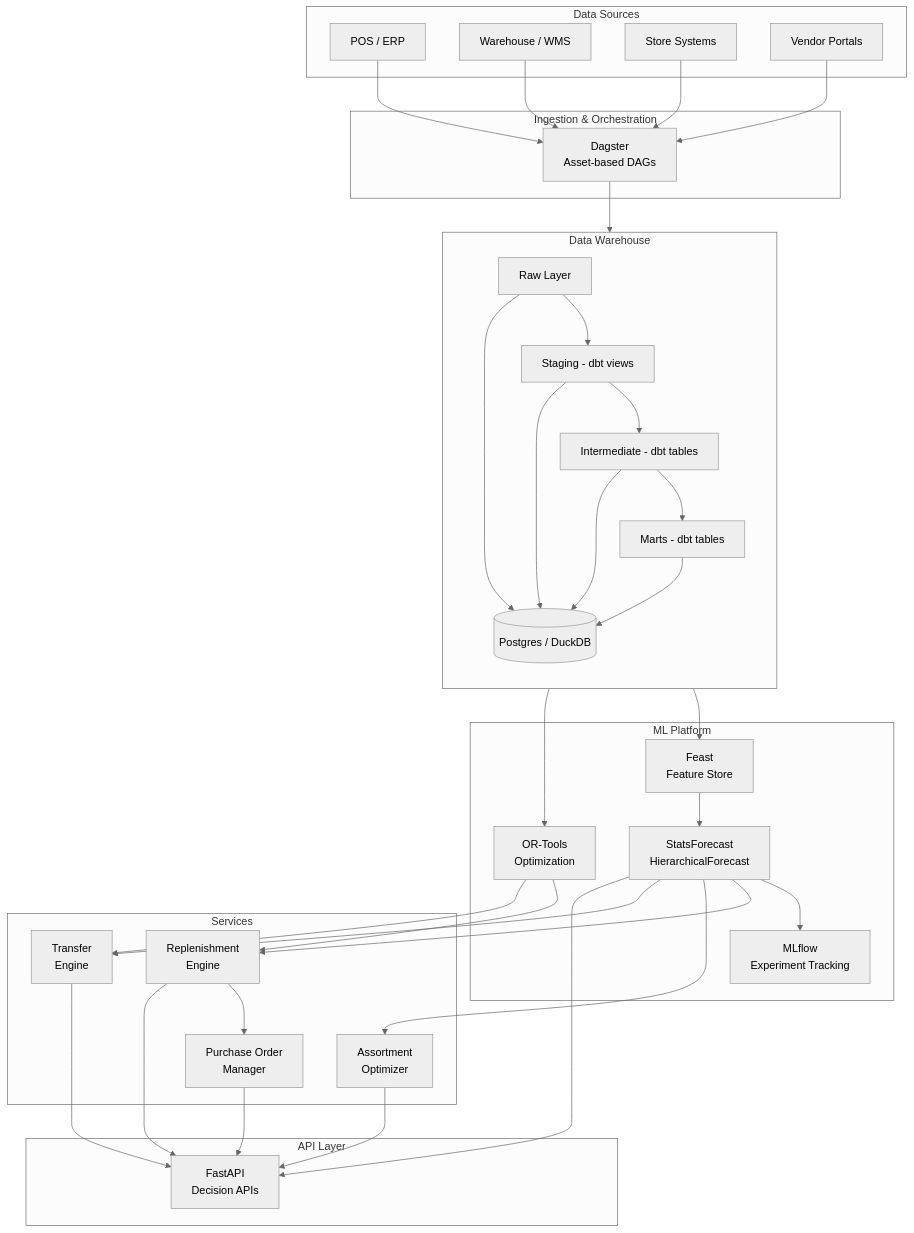
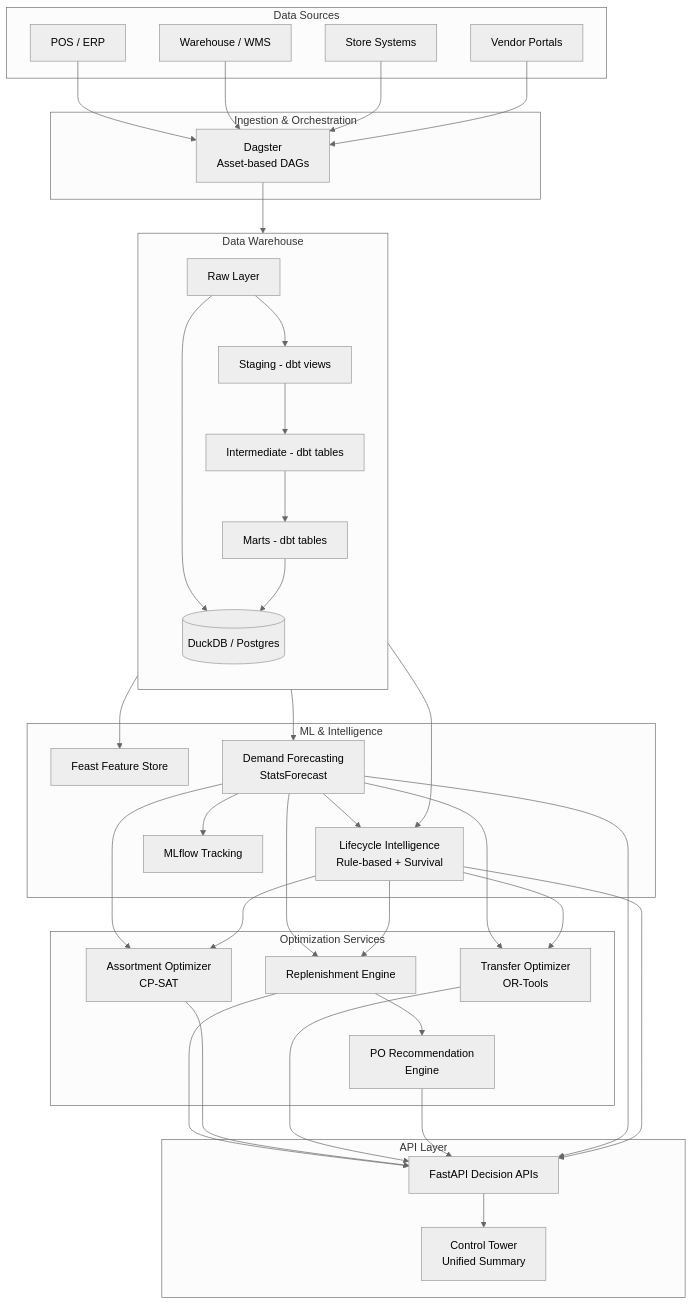
Before and after one commit to ailenskart/inventory: the diagram in README.md, drawn with Mermaid (neutral theme). The commit also changed other lines of this file and 10 other files, not shown here.

First line of the commit message:
feat: integrate all modules into unified platform with control tower, Dagster orchestration, and e2e demo

````diff
--- a/README.md
+++ b/README.md
@@ -7,72 +7,72 @@
 ```mermaid
 graph TB
     subgraph "Data Sources"
         POS[POS / ERP]
         WMS[Warehouse / WMS]
         STORE[Store Systems]
         VENDOR[Vendor Portals]
     end
 
     subgraph "Ingestion & Orchestration"
         DAGSTER[Dagster<br/>Asset-based DAGs]
     end
 
     subgraph "Data Warehouse"
         direction TB
         RAW[Raw Layer]
         STG[Staging - dbt views]
         INT[Intermediate - dbt tables]
         MARTS[Marts - dbt tables]
-        PG[(Postgres / DuckDB)]
+        PG[(DuckDB / Postgres)]
     end
 
-    subgraph "ML Platform"
-        FEAST[Feast<br/>Feature Store]
-        FORECAST[StatsForecast<br/>HierarchicalForecast]
-        MLFLOW[MLflow<br/>Experiment Tracking]
-        ORTOOLS[OR-Tools<br/>Optimization]
+    subgraph "ML & Intelligence"
+        FEAST[Feast Feature Store]
+        FORECAST[Demand Forecasting<br/>StatsForecast]
+        LIFECYCLE[Lifecycle Intelligence<br/>Rule-based + Survival]
+        MLFLOW[MLflow Tracking]
     end
 
-    subgraph "Services"
-        REPL[Replenishment<br/>Engine]
-        ASSORT[Assortment<br/>Optimizer]
-        TRANS[Transfer<br/>Engine]
-        PO_SVC[Purchase Order<br/>Manager]
+    subgraph "Optimization Services"
+        REPL[Replenishment Engine]
+        ASSORT[Assortment Optimizer<br/>CP-SAT]
+        TRANS[Transfer Optimizer<br/>OR-Tools]
+        PO_SVC[PO Recommendation<br/>Engine]
     end
 
     subgraph "API Layer"
-        API[FastAPI<br/>Decision APIs]
+        API[FastAPI Decision APIs]
+        CT[Control Tower<br/>Unified Summary]
     end
 
     POS --> DAGSTER
     WMS --> DAGSTER
     STORE --> DAGSTER
     VENDOR --> DAGSTER
 
-    DAGSTER --> RAW
-    RAW --> STG
-    STG --> INT
-    INT --> MARTS
+    DAGSTER --> RAW --> STG --> INT --> MARTS
     RAW --> PG
-    STG --> PG
-    INT --> PG
     MARTS --> PG
 
     MARTS --> FEAST
-    FEAST --> FORECAST
+    MARTS --> FORECAST
+    FORECAST --> LIFECYCLE
     FORECAST --> MLFLOW
-    MARTS --> ORTOOLS
+    MARTS --> LIFECYCLE
 
     FORECAST --> REPL
     FORECAST --> ASSORT
     FORECAST --> TRANS
-    ORTOOLS --> REPL
-    ORTOOLS --> TRANS
+    LIFECYCLE --> REPL
+    LIFECYCLE --> ASSORT
+    LIFECYCLE --> TRANS
     REPL --> PO_SVC
 
     REPL --> API
     ASSORT --> API
     TRANS --> API
     PO_SVC --> API
     FORECAST --> API
+    LIFECYCLE --> API
+    API --> CT
 ```
````
